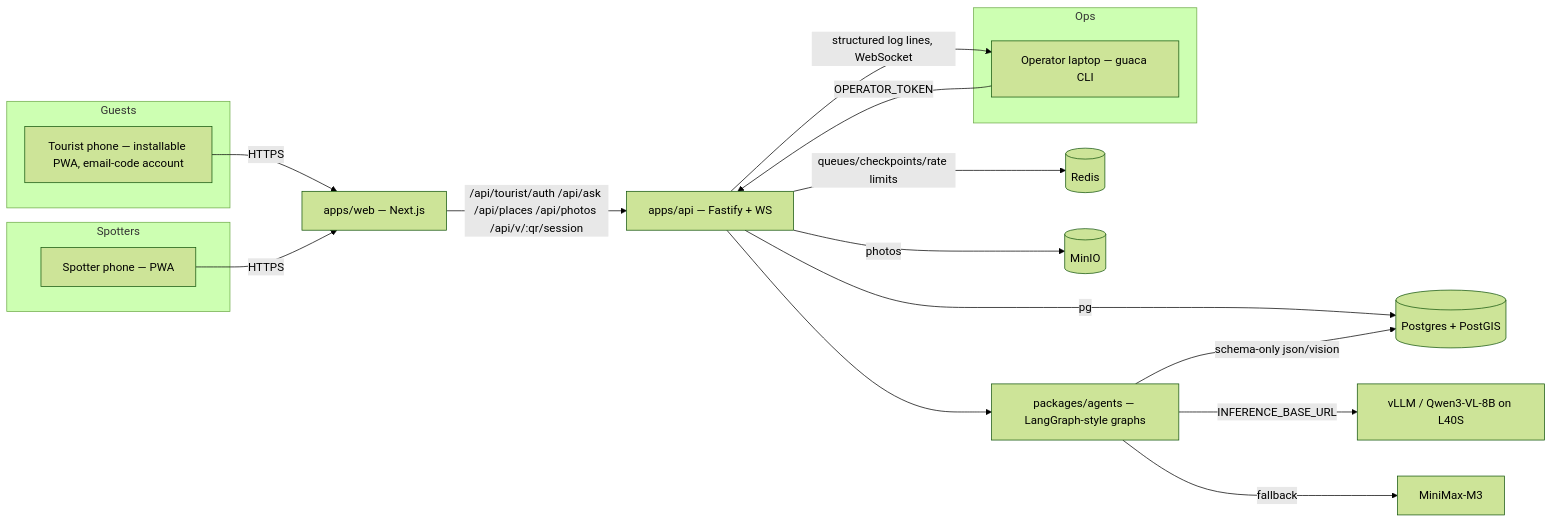
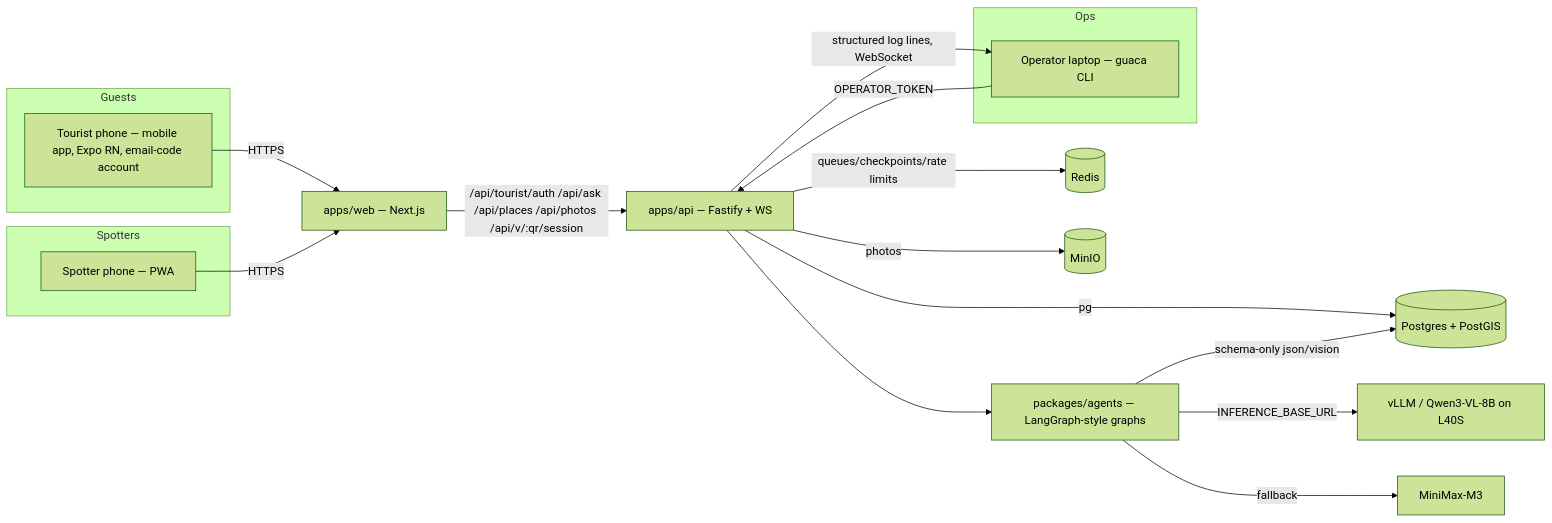
The first of 2 diagrams in docs/ARCHITECTURE.md (guacamap/guaca-app), drawn with Mermaid (forest theme) before and after one commit. The commit also changed other lines of this file and 2 other files, not shown here.

First line of the commit message:
docs: record §4.4 — mobile-app-only client, deadline Aug 31

````diff
--- a/docs/ARCHITECTURE.md
+++ b/docs/ARCHITECTURE.md
@@ -5,24 +5,24 @@
 ```mermaid
 flowchart LR
     subgraph Guests
-        T[Tourist phone — installable PWA, email-code account]
+        T[Tourist phone — mobile app, Expo RN, email-code account]
     end
     subgraph Spotters
         S[Spotter phone — PWA]
     end
     subgraph Ops
         O[Operator laptop — guaca CLI]
     end
     T -->|HTTPS| W[apps/web — Next.js]
     S -->|HTTPS| W
     O -->|OPERATOR_TOKEN| A[apps/api — Fastify + WS]
     W -->|/api/tourist/auth /api/ask /api/places /api/photos /api/v/:qr/session| A
     A -->|pg| P[(Postgres + PostGIS)]
     A -->|queues/checkpoints/rate limits| R[(Redis)]
     A -->|photos| M[(MinIO)]
     A --> G[packages/agents — LangGraph-style graphs]
     G -->|INFERENCE_BASE_URL| I[vLLM / Qwen3-VL-8B on L40S]
     G -->|fallback| F[MiniMax-M3]
     G -->|schema-only json/vision| P
     A -->|structured log lines, WebSocket| O
 ```
````
